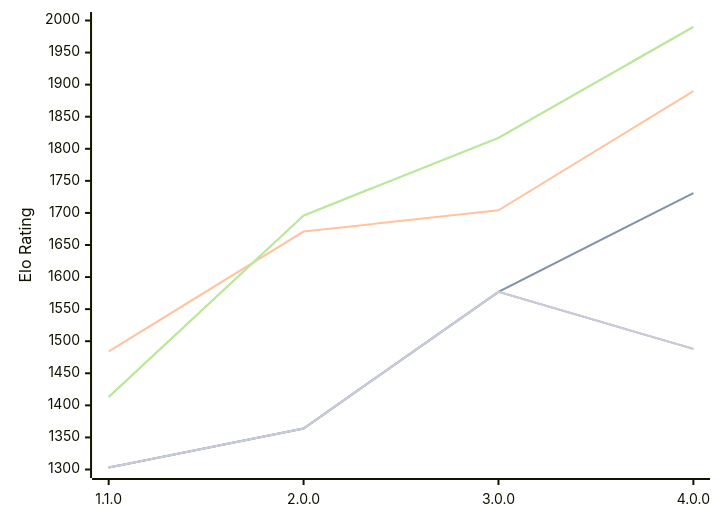
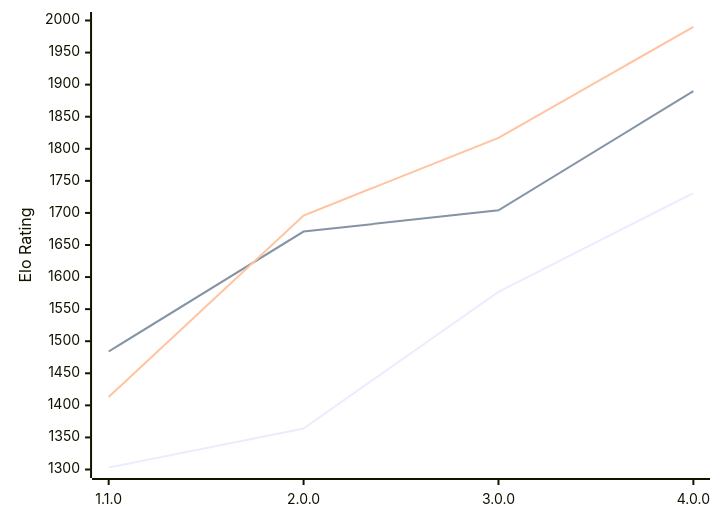
One commit to computer-chess-index/cci changed the diagram in engines/Laura.md. Above: the diagram before and after it, drawn with Mermaid. The commit also changed other lines of this file, not shown here.

````diff
--- a/engines/Laura.md
+++ b/engines/Laura.md
@@ -50,13 +50,9 @@
 ```mermaid
 %%{init: {"theme":"base","themeVariables":{"seriesColors:['#a3a3a3','#222221','#faa371']}}}%%
 xychart-beta
   x-axis ["1.1.0", "2.0.0", "3.0.0", "4.0.0"]
   y-axis "Elo Rating" 1300 --> 2000
-  line "" [1303, 1364, 1577, 1731]
   line "T1: STC (8.0+0.08s)" [1303, 1364, 1577, 1731]
   line "T1: LTC (60.0+0.60s)" [1484, 1671, 1704, 1890]
-  line "" [1413, 1696, 1817, 1990]
   line "T1: VLTC (2m24s+1.12s)" [1413, 1696, 1817, 1990]
-  line "" [1303, 1364, 1577,1488]
-  line "E1: STC (8.0+0.08s)" [1303, 1364, 1577,1488]
 ```
````
